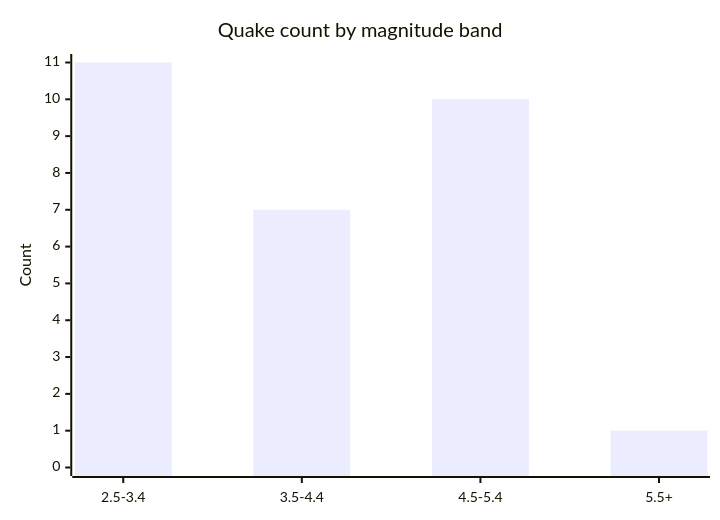
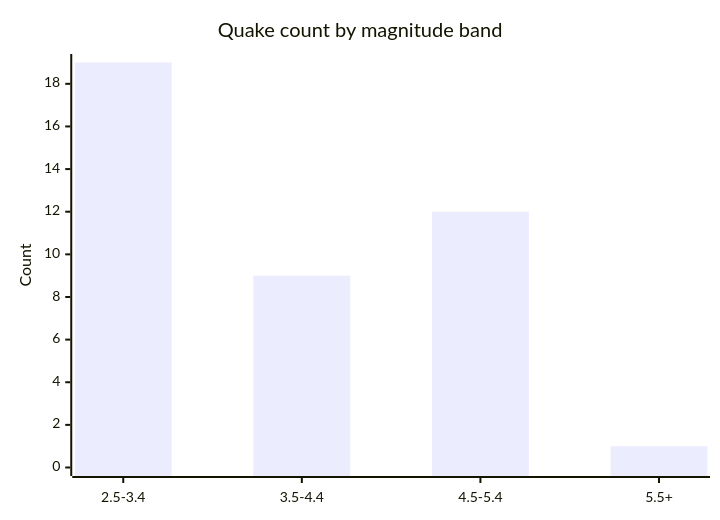
One commit to Midwest-Stratospheric/aerostratospheric-defense-gir changed the fifth of 6 diagrams in docs/GRAPHS.md. Above: the diagram before and after it, drawn with Mermaid. The commit also changed other lines of this file and 24 other files, not shown here.

````diff
--- a/docs/GRAPHS.md
+++ b/docs/GRAPHS.md
@@ -82,7 +82,7 @@
 ```mermaid
 xychart-beta
   title "Quake count by magnitude band"
   x-axis ["2.5-3.4", "3.5-4.4", "4.5-5.4", "5.5+"]
-  y-axis "Count" 0 --> 11
-  bar [11, 7, 10, 1]
+  y-axis "Count" 0 --> 19
+  bar [19, 9, 12, 1]
 ```
````
